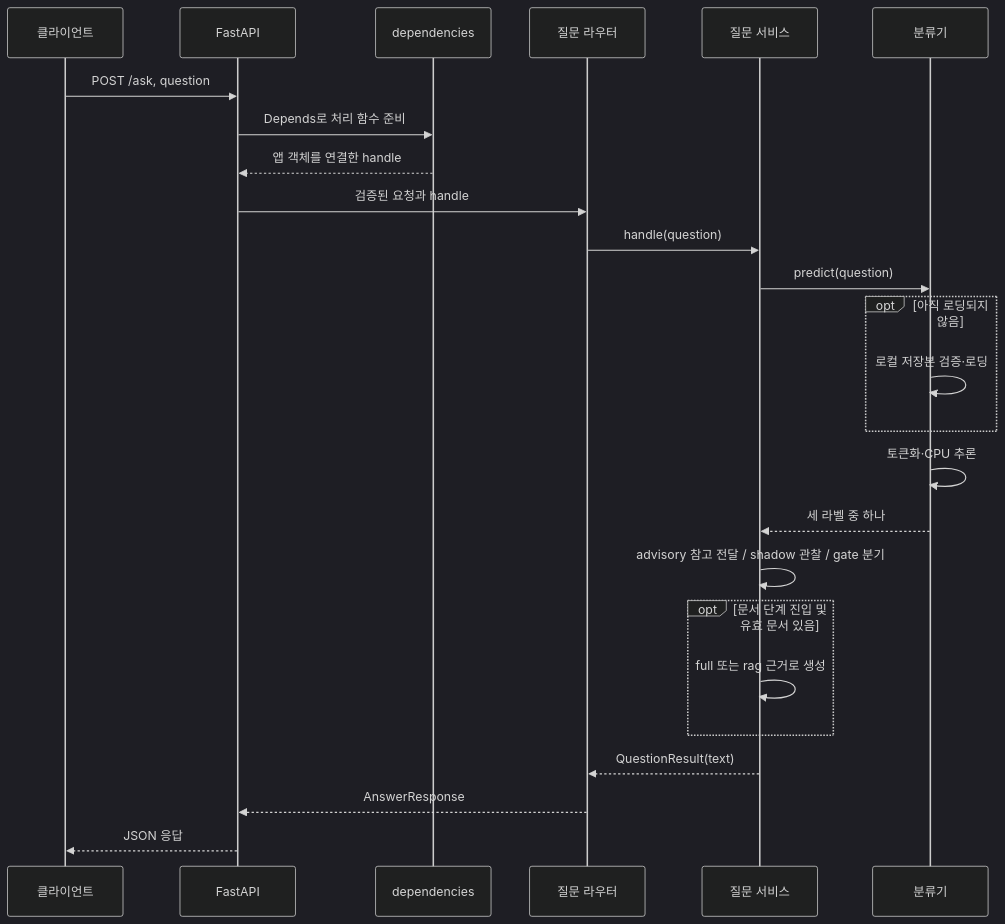
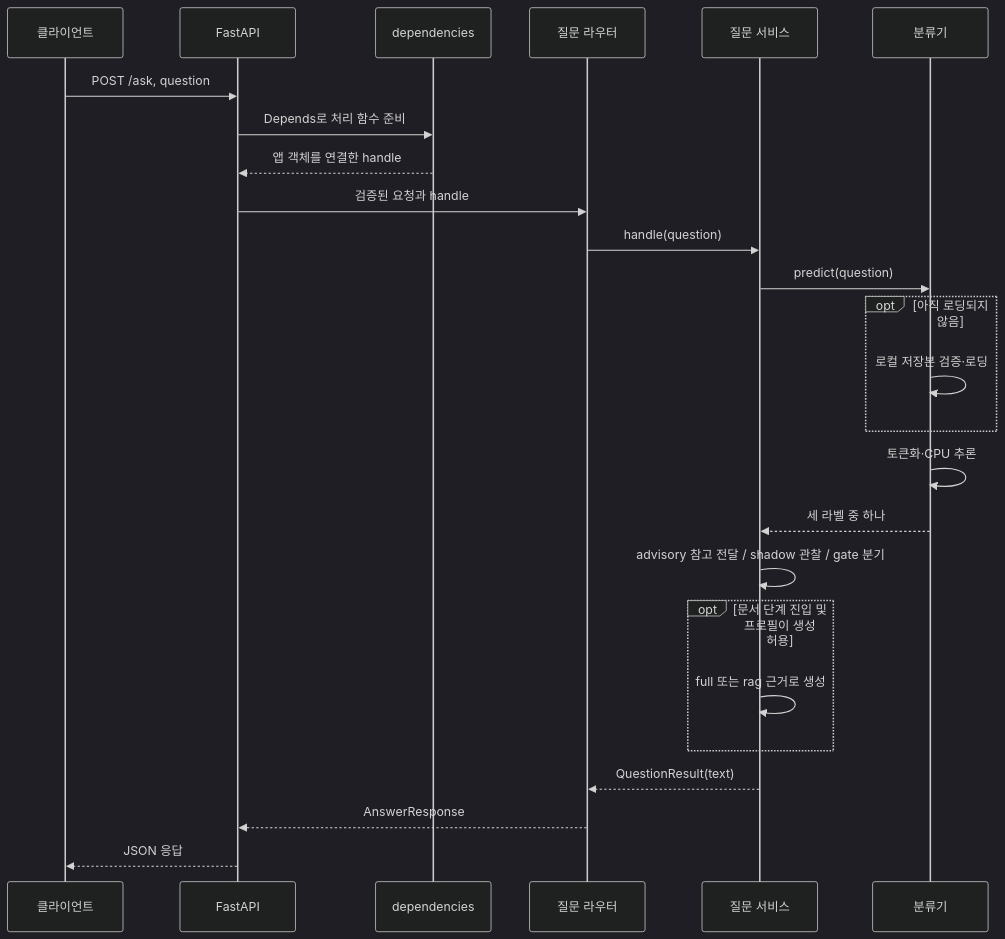
Before and after one commit to KANT-2nd-project/sanaebi: the diagram in app/README.md, drawn with Mermaid (dark theme). The commit also changed other lines of this file and 15 other files, not shown here.

````diff
--- a/app/README.md
+++ b/app/README.md
@@ -65,27 +67,27 @@
 ```mermaid
 sequenceDiagram
     participant Client as 클라이언트
     participant HTTP as FastAPI
     participant DI as dependencies
     participant Router as 질문 라우터
     participant Service as 질문 서비스
     participant Model as 분류기
     Client->>HTTP: POST /ask, question
     HTTP->>DI: Depends로 처리 함수 준비
     DI-->>HTTP: 앱 객체를 연결한 handle
     HTTP->>Router: 검증된 요청과 handle
     Router->>Service: handle(question)
     Service->>Model: predict(question)
     opt 아직 로딩되지 않음
         Model->>Model: 로컬 저장본 검증·로딩
     end
     Model->>Model: 토큰화·CPU 추론
     Model-->>Service: 세 라벨 중 하나
     Service->>Service: advisory 참고 전달 / shadow 관찰 / gate 분기
-    opt 문서 단계 진입 및 유효 문서 있음
+    opt 문서 단계 진입 및 프로필이 생성 허용
         Service->>Service: full 또는 rag 근거로 생성
     end
     Service-->>Router: QuestionResult(text)
     Router-->>HTTP: AnswerResponse
     HTTP-->>Client: JSON 응답
 ```
````
